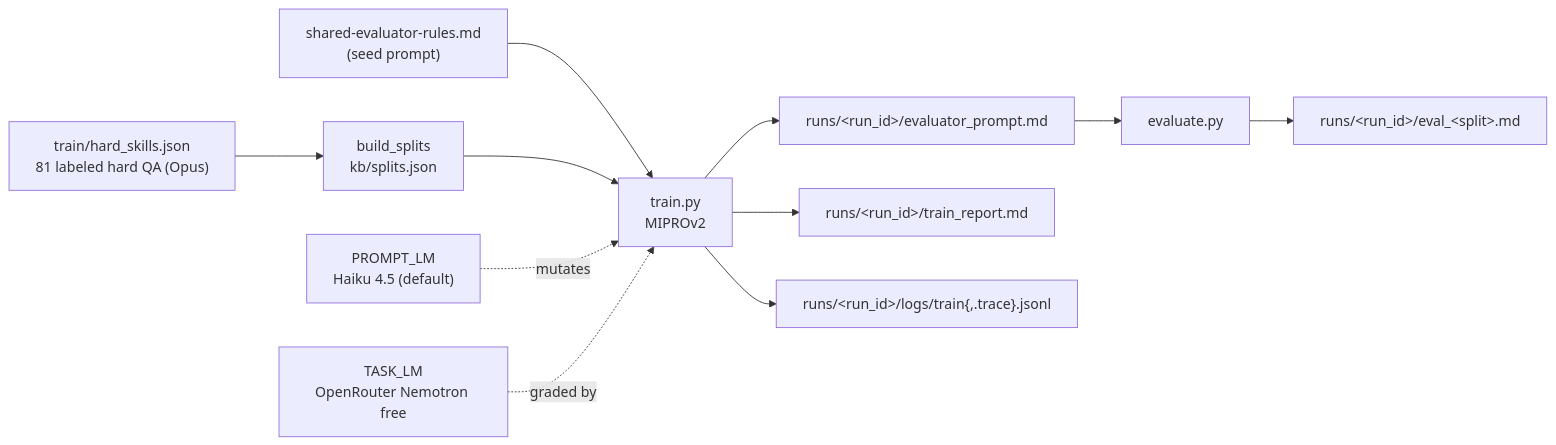
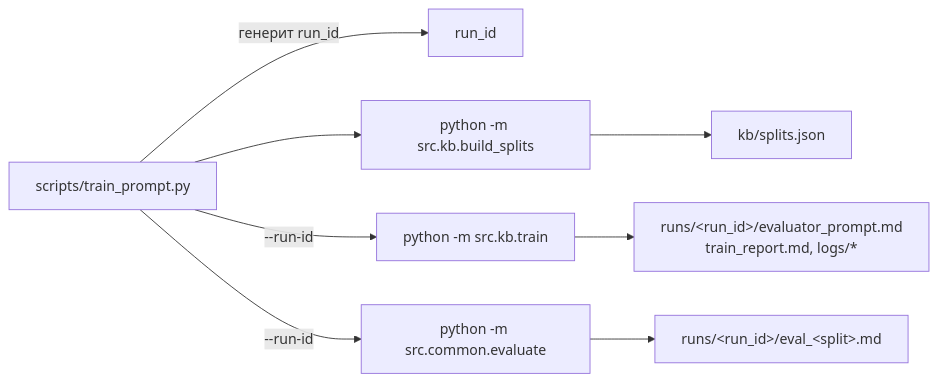
One commit to margomrkv/interview-debrief-assistant changed the diagram in .claude/skills/scoring-prompt-trainer/SKILL.md. Above: the diagram before and after it, drawn with Mermaid. The commit also changed other lines of this file and 4 other files, not shown here.

Commit message:
feat: enhance scoring-prompt-trainer with run-id support and streamline evaluator prompt handling

````diff
--- a/.claude/skills/scoring-prompt-trainer/SKILL.md
+++ b/.claude/skills/scoring-prompt-trainer/SKILL.md
@@ -33,13 +16,10 @@
 ```mermaid
 flowchart LR
-    TJ["train/hard_skills.json<br/>81 labeled hard QA (Opus)"] --> BS["build_splits<br/>kb/splits.json"]
-    SR["shared-evaluator-rules.md<br/>(seed prompt)"] --> TR["train.py<br/>MIPROv2"]
-    BS --> TR
-    PM["PROMPT_LM<br/>Haiku 4.5 (default)"] -. mutates .-> TR
-    TM["TASK_LM<br/>OpenRouter Nemotron free"] -. graded by .-> TR
-    TR --> PR["runs/&lt;run_id&gt;/evaluator_prompt.md"]
-    TR --> RP["runs/&lt;run_id&gt;/train_report.md"]
-    TR --> LG["runs/&lt;run_id&gt;/logs/train{,.trace}.jsonl"]
-    PR --> EV["evaluate.py"]
+    W["scripts/train_prompt.py"] -- "генерит run_id" --> RID["run_id"]
+    W --> BS["python -m src.kb.build_splits"]
+    W -- "--run-id" --> TR["python -m src.kb.train"]
+    W -- "--run-id" --> EV["python -m src.common.evaluate"]
+    BS --> SP["kb/splits.json"]
+    TR --> AR["runs/&lt;run_id&gt;/evaluator_prompt.md<br/>train_report.md, logs/*"]
     EV --> ER["runs/&lt;run_id&gt;/eval_&lt;split&gt;.md"]
 ```
````
